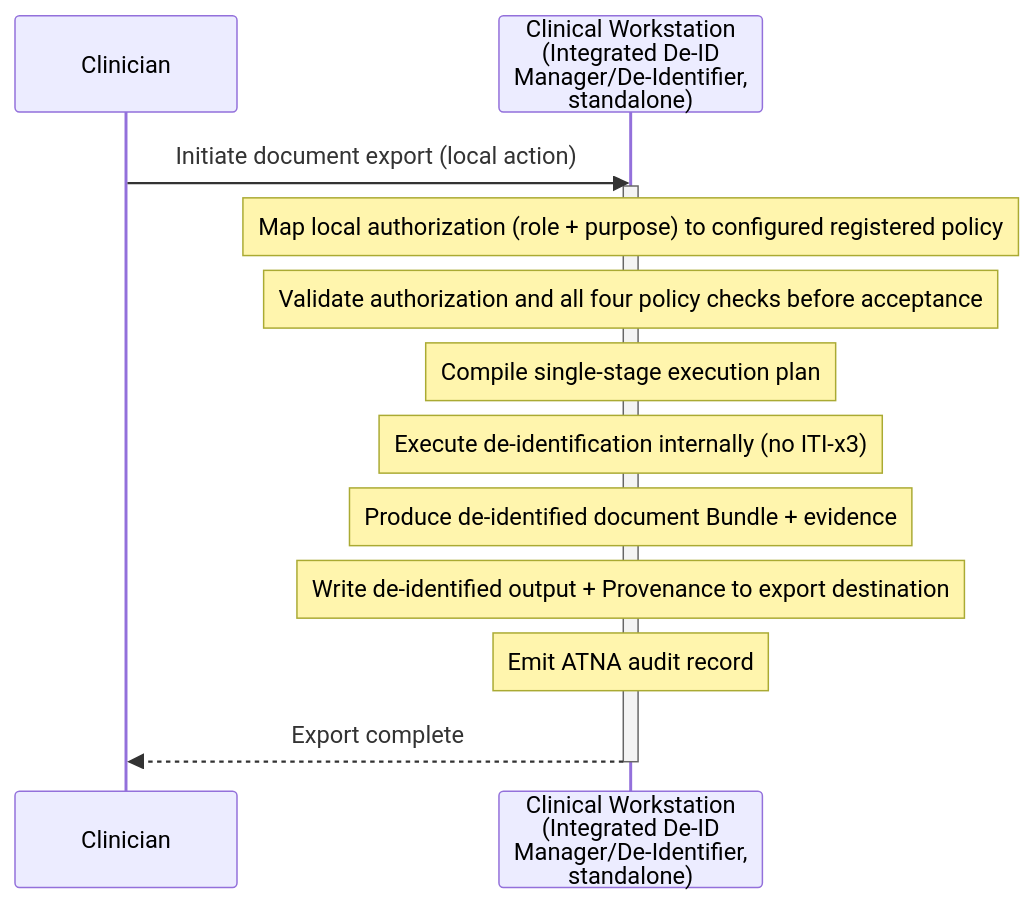
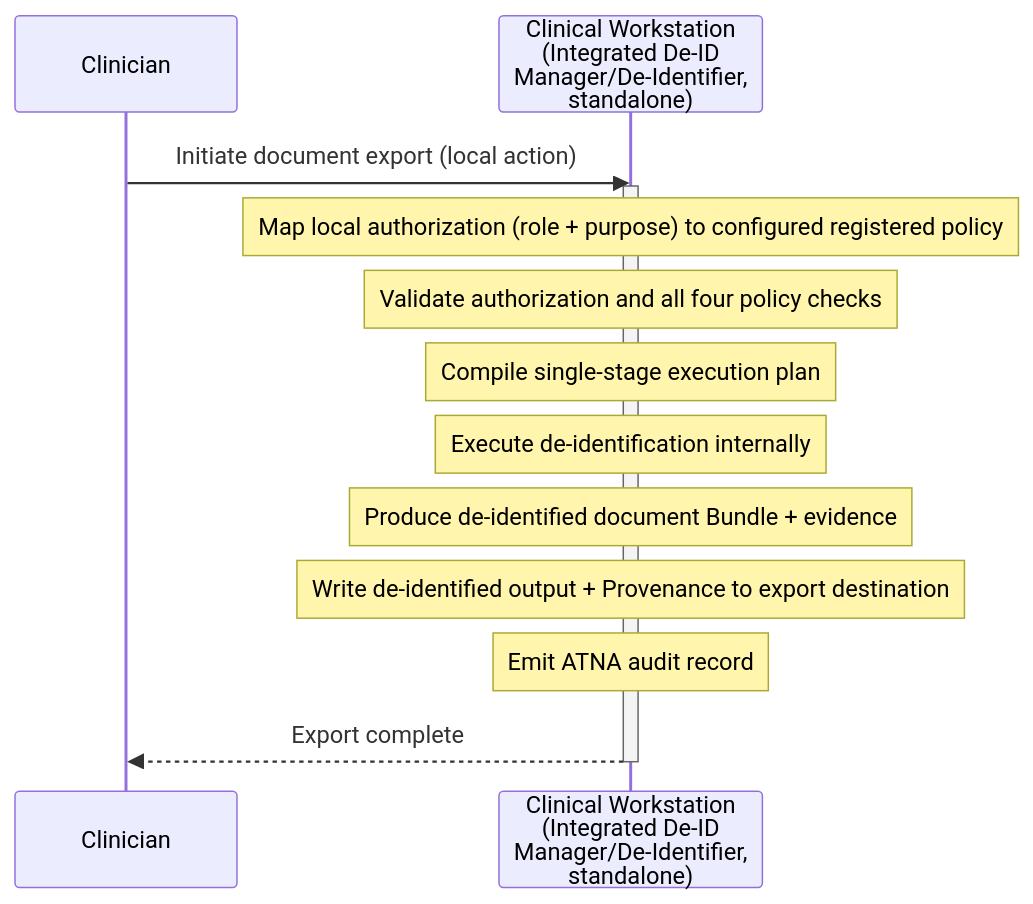
One commit to IHE/ITI.DIS changed the sixth of 6 diagrams in input/pagecontent/volume-1.md. Above: the diagram before and after it, drawn with Mermaid. The commit also changed other lines of this file and 3 other files, not shown here.

````diff
--- a/input/pagecontent/volume-1.md
+++ b/input/pagecontent/volume-1.md
@@ -596,19 +643,19 @@
 ```mermaid
 sequenceDiagram
     participant CLI as Clinician
     participant WS as Clinical Workstation<br/>(Integrated De-ID<br/>Manager/De-Identifier,<br/>standalone)
 
     CLI->>WS: Initiate document export (local action)
     activate WS
     Note over WS: Map local authorization (role + purpose) to configured registered policy
-    Note over WS: Validate authorization and all four policy checks before acceptance
+    Note over WS: Validate authorization and all four policy checks
     Note over WS: Compile single-stage execution plan
 
-    Note over WS: Execute de-identification internally (no ITI-x3)
+    Note over WS: Execute de-identification internally
     Note over WS: Produce de-identified document Bundle + evidence
 
     Note over WS: Write de-identified output + Provenance to export destination
     Note over WS: Emit ATNA audit record
     WS-->>CLI: Export complete
     deactivate WS
 ```
````
